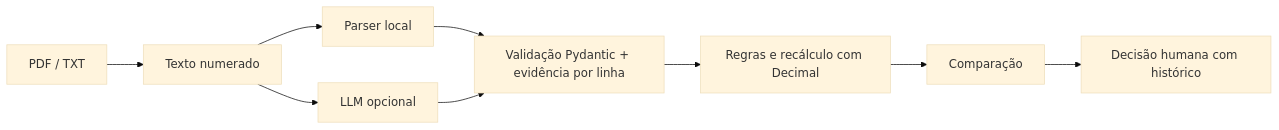
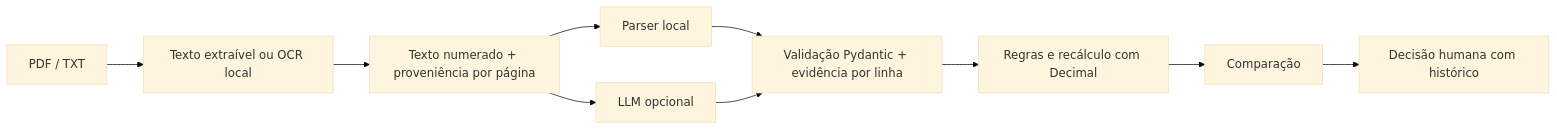
The diagram in README.md (GustavoCurio/Cotera), drawn with Mermaid (base theme) before and after one commit. The commit also changed other lines of this file and 6 other files, not shown here.

````diff
--- a/README.md
+++ b/README.md
@@ -11,11 +11,12 @@
 ```mermaid
 flowchart LR
-    A["PDF / TXT"] --> B["Texto numerado"]
+    A["PDF / TXT"] --> O["Texto extraível ou OCR local"]
+    O --> B["Texto numerado + proveniência por página"]
     B --> C["Parser local"]
     B --> D["LLM opcional"]
     C --> E["Validação Pydantic + evidência por linha"]
     D --> E
     E --> F["Regras e recálculo com Decimal"]
     F --> G["Comparação"]
     G --> H["Decisão humana com histórico"]
 ```
````
